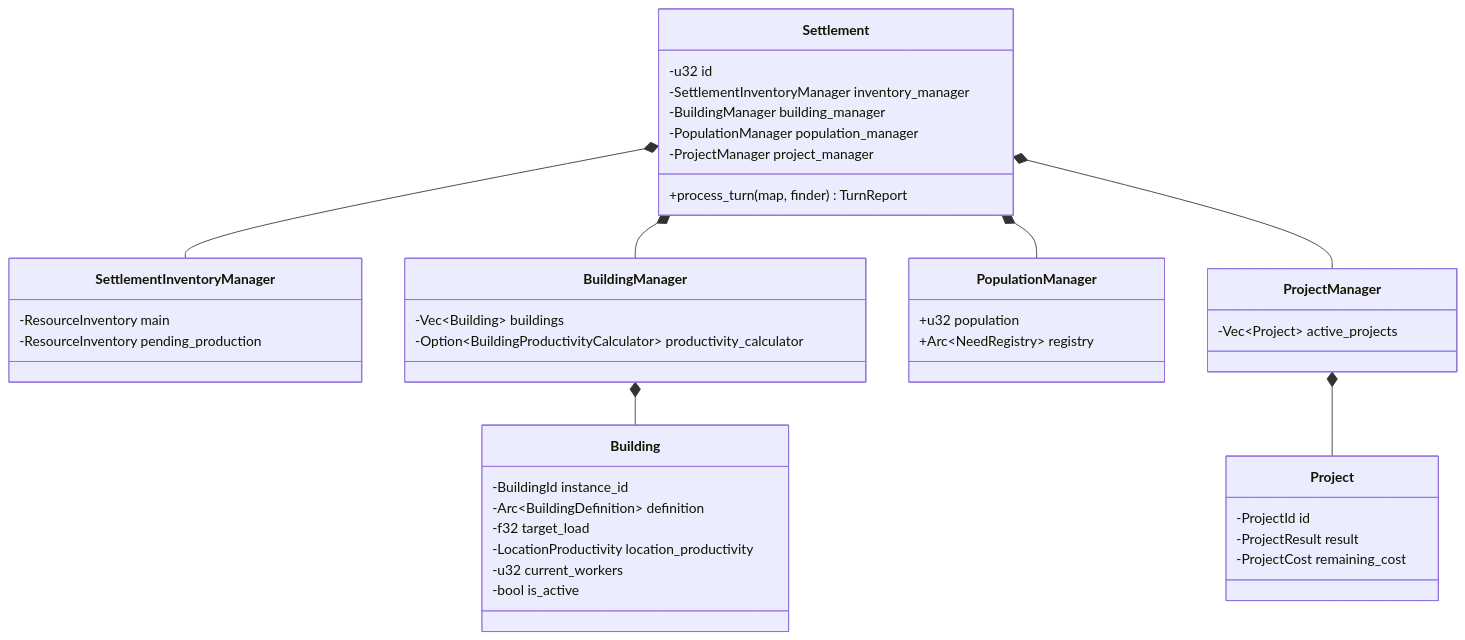
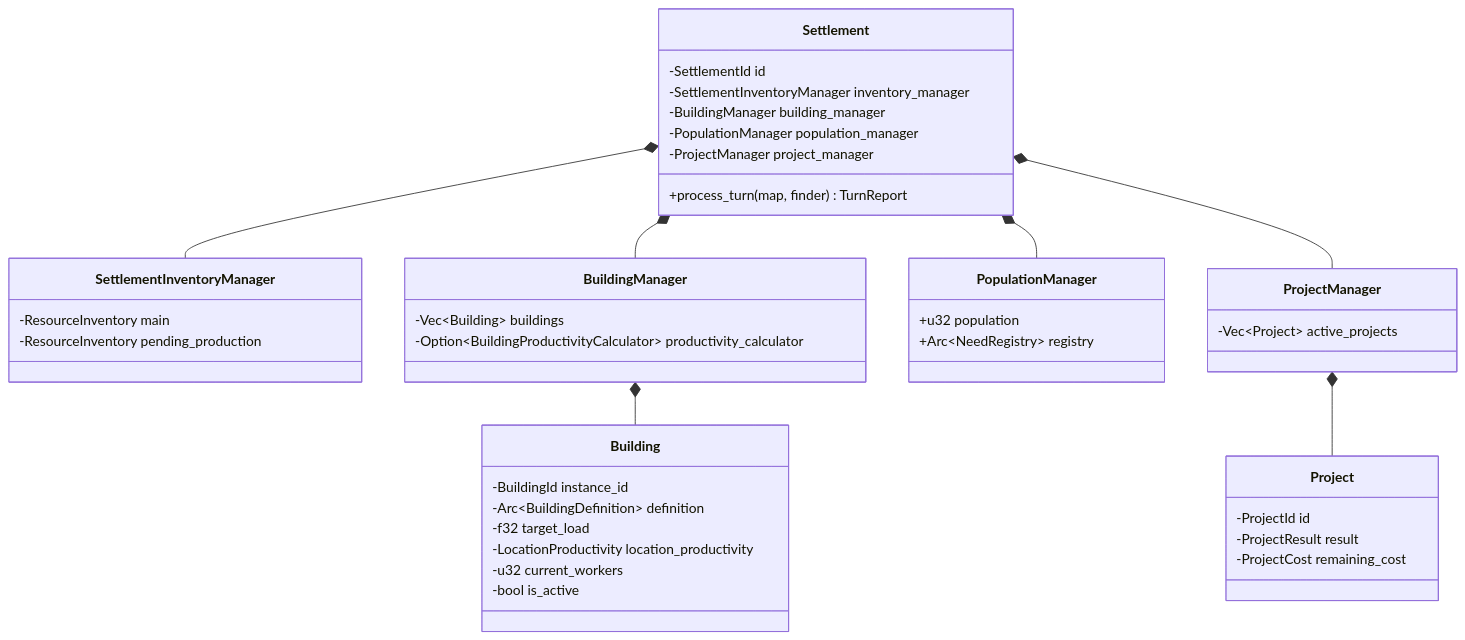
One commit to KMaksymilian/marl-grand-strategy-game changed the first of 2 diagrams in docs/architecture/settlements.md. Above: the diagram before and after it, drawn with Mermaid. The commit also changed other lines of this file and 25 other files, not shown here.

````diff
--- a/docs/architecture/settlements.md
+++ b/docs/architecture/settlements.md
@@ -20,45 +20,45 @@
 ```mermaid
 classDiagram
     class Settlement {
-        -u32 id
+        -SettlementId id
         -SettlementInventoryManager inventory_manager
         -BuildingManager building_manager
         -PopulationManager population_manager
         -ProjectManager project_manager
         +process_turn(map, finder) TurnReport
     }
     class SettlementInventoryManager {
         -ResourceInventory main
         -ResourceInventory pending_production
     }
     class BuildingManager {
         -Vec~Building~ buildings
         -Option~BuildingProductivityCalculator~ productivity_calculator
     }
     class PopulationManager {
         +u32 population
         +Arc~NeedRegistry~ registry
     }
     class ProjectManager {
         -Vec~Project~ active_projects
     }
     class Building {
         -BuildingId instance_id
         -Arc~BuildingDefinition~ definition
         -f32 target_load
         -LocationProductivity location_productivity
         -u32 current_workers
         -bool is_active
     }
     class Project {
         -ProjectId id
         -ProjectResult result
         -ProjectCost remaining_cost
     }
     Settlement *-- SettlementInventoryManager
     Settlement *-- BuildingManager
     Settlement *-- PopulationManager
     Settlement *-- ProjectManager
     BuildingManager *-- Building
     ProjectManager *-- Project
 ```
````
